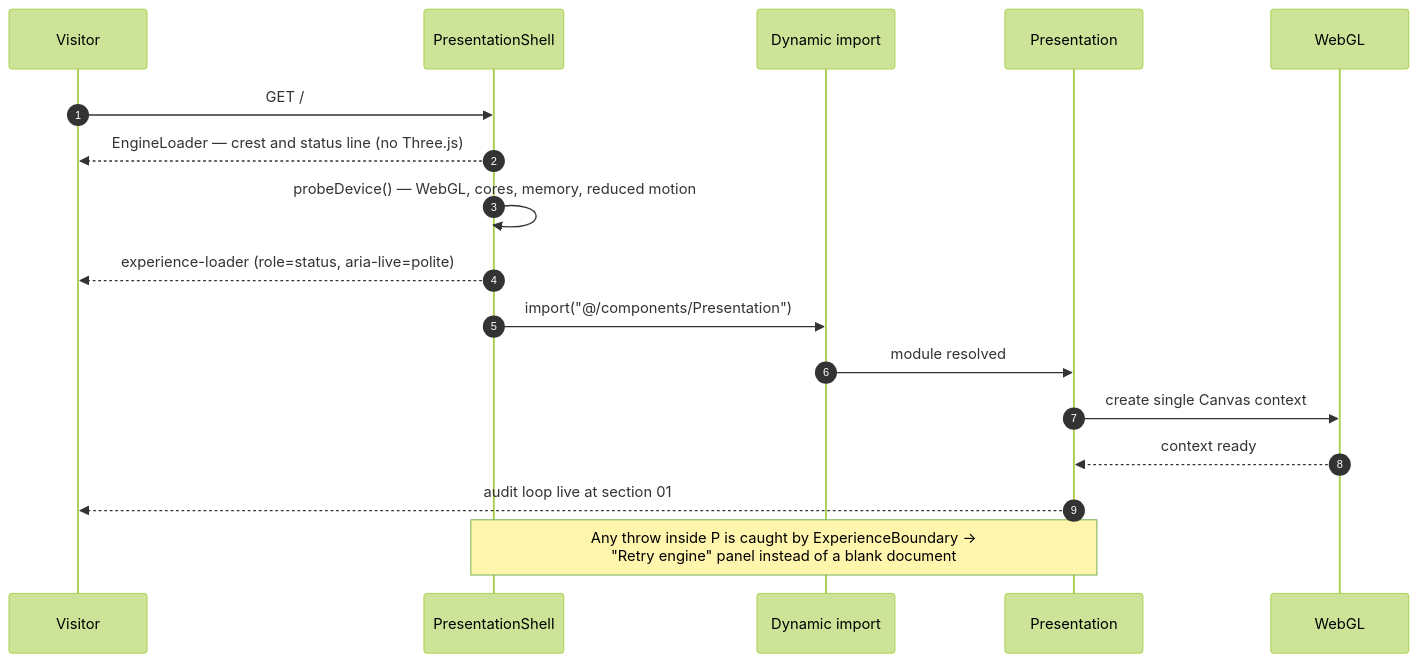
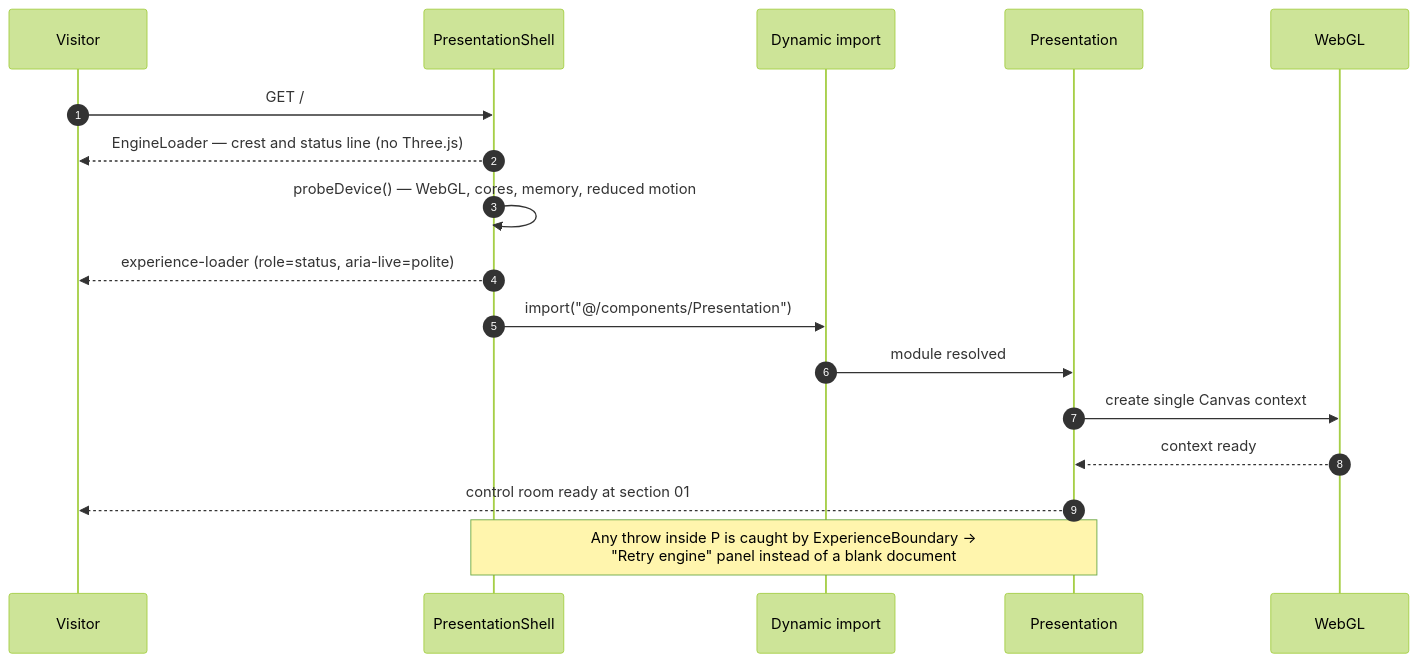
The second of 5 diagrams in README.md (YASLOGIST/LOGISDATA), drawn with Mermaid (forest theme) before and after one commit. The commit also changed other lines of this file and 40 other files, not shown here.

Commit message:
feat: complete V8 control room upgrade

````diff
--- a/README.md
+++ b/README.md
@@ -216,20 +226,20 @@
 ```mermaid
 sequenceDiagram
   autonumber
   participant V as Visitor
   participant S as PresentationShell
   participant D as Dynamic import
   participant P as Presentation
   participant G as WebGL
 
   V->>S: GET /
   S-->>V: EngineLoader — crest and status line (no Three.js)
   S->>S: probeDevice() — WebGL, cores, memory, reduced motion
   S-->>V: experience-loader (role=status, aria-live=polite)
   S->>D: import("@/components/Presentation")
   D->>P: module resolved
   P->>G: create single Canvas context
   G-->>P: context ready
-  P-->>V: audit loop live at section 01
+  P-->>V: control room ready at section 01
   Note over S,P: Any throw inside P is caught by ExperienceBoundary →<br/>"Retry engine" panel instead of a blank document
 ```
````
